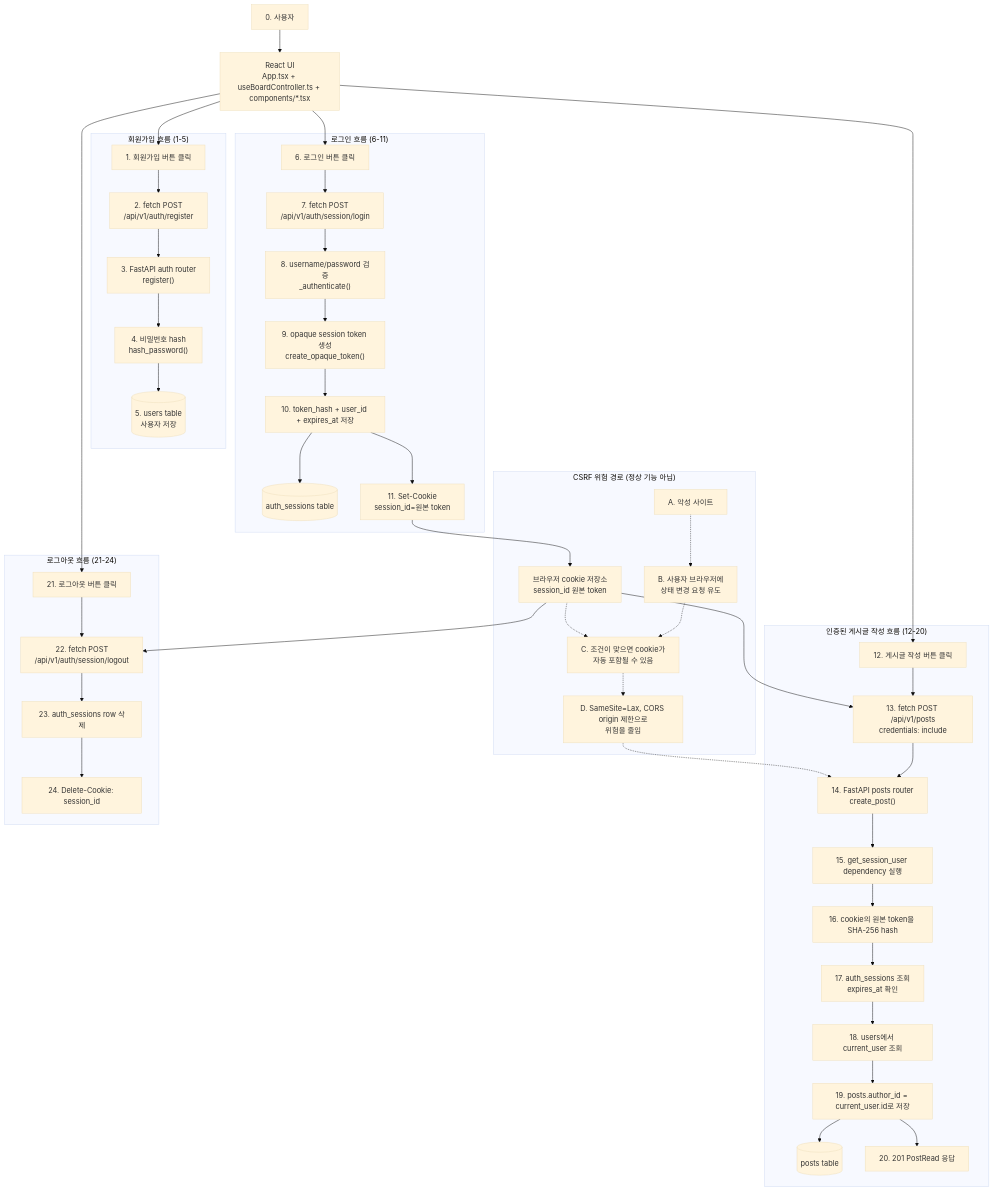
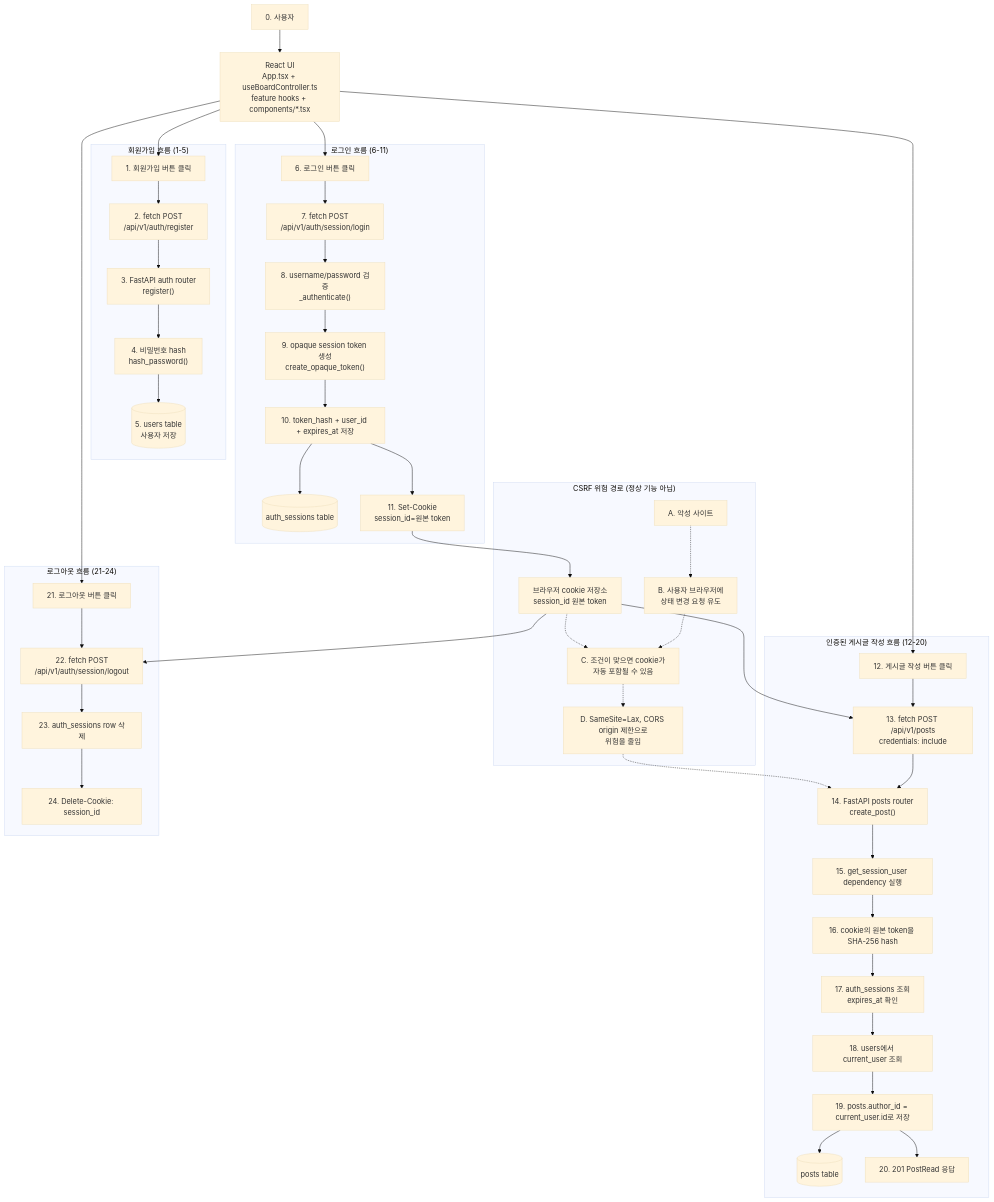
One commit to JUNGLE-TEAM1/W16_team_sprint changed the diagram in docs2/sprint-2/session-auth-decision-and-flow.md. Above: the diagram before and after it, drawn with Mermaid (base theme). The commit also changed other lines of this file and 7 other files, not shown here.

````diff
--- a/docs2/sprint-2/session-auth-decision-and-flow.md
+++ b/docs2/sprint-2/session-auth-decision-and-flow.md
@@ -601,67 +601,67 @@
 ```mermaid
 flowchart TD
-    User["0. 사용자"] --> UI["React UI<br/>App.tsx + useBoardController.ts + components/*.tsx"]
+    User["0. 사용자"] --> UI["React UI<br/>App.tsx + useBoardController.ts<br/>feature hooks + components/*.tsx"]
 
     subgraph REG["회원가입 흐름 (1-5)"]
         R1["1. 회원가입 버튼 클릭"]
         R2["2. fetch POST<br/>/api/v1/auth/register"]
         R3["3. FastAPI auth router<br/>register()"]
         R4["4. 비밀번호 hash<br/>hash_password()"]
         R5[("5. users table<br/>사용자 저장")]
         R1 --> R2 --> R3 --> R4 --> R5
     end
 
     subgraph LOGIN["로그인 흐름 (6-11)"]
         L6["6. 로그인 버튼 클릭"]
         L7["7. fetch POST<br/>/api/v1/auth/session/login"]
         L8["8. username/password 검증<br/>_authenticate()"]
         L9["9. opaque session token 생성<br/>create_opaque_token()"]
         L10["10. token_hash + user_id + expires_at 저장"]
         L10DB[("auth_sessions table")]
         L11["11. Set-Cookie<br/>session_id=원본 token"]
         L6 --> L7 --> L8 --> L9 --> L10 --> L10DB
         L10 --> L11
     end
 
     subgraph POST["인증된 게시글 작성 흐름 (12-20)"]
         P12["12. 게시글 작성 버튼 클릭"]
         P13["13. fetch POST /api/v1/posts<br/>credentials: include"]
         P14["14. FastAPI posts router<br/>create_post()"]
         P15["15. get_session_user dependency 실행"]
         P16["16. cookie의 원본 token을 SHA-256 hash"]
         P17["17. auth_sessions 조회<br/>expires_at 확인"]
         P18["18. users에서 current_user 조회"]
         P19["19. posts.author_id = current_user.id로 저장"]
         P19DB[("posts table")]
         P20["20. 201 PostRead 응답"]
         P12 --> P13 --> P14 --> P15 --> P16 --> P17 --> P18 --> P19 --> P19DB
         P19 --> P20
     end
 
     subgraph LOGOUT["로그아웃 흐름 (21-24)"]
         O21["21. 로그아웃 버튼 클릭"]
         O22["22. fetch POST<br/>/api/v1/auth/session/logout"]
         O23["23. auth_sessions row 삭제"]
         O24["24. Delete-Cookie: session_id"]
         O21 --> O22 --> O23 --> O24
     end
 
     Cookie["브라우저 cookie 저장소<br/>session_id 원본 token"]
 
     UI --> R1
     UI --> L6
     L11 --> Cookie
     UI --> P12
     Cookie --> P13
     UI --> O21
     Cookie --> O22
 
     subgraph CSRF["CSRF 위험 경로 (정상 기능 아님)"]
         C1["A. 악성 사이트"]
         C2["B. 사용자 브라우저에<br/>상태 변경 요청 유도"]
         C3["C. 조건이 맞으면 cookie가<br/>자동 포함될 수 있음"]
         C4["D. SameSite=Lax, CORS origin 제한으로<br/>위험을 줄임"]
         C1 -.-> C2 -.-> C3 -.-> C4 -.-> P14
         Cookie -.-> C3
     end
 ```
````
